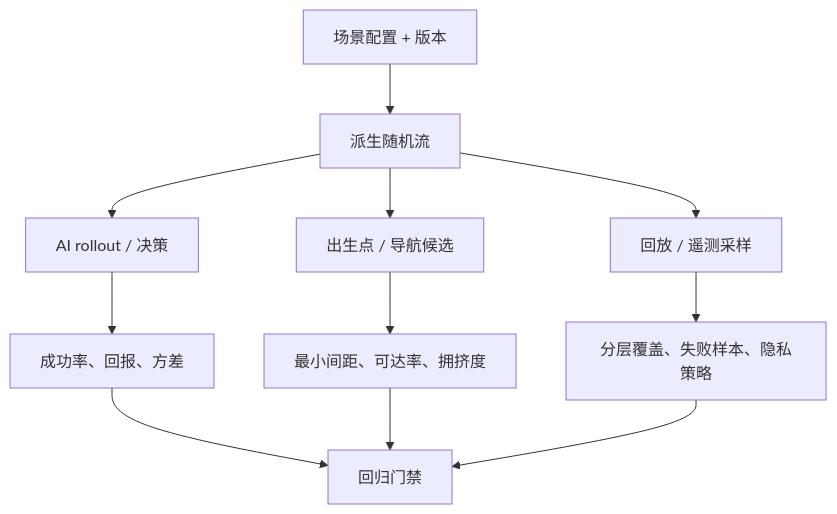
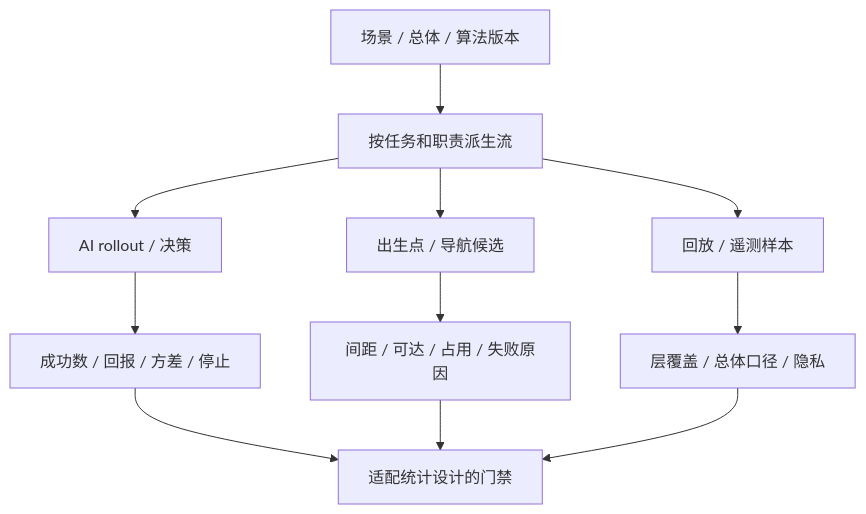
Before and after one commit to fantuan812/learning: the fourth of 4 diagrams in 知识/02-数学与游戏算法/随机采样与程序化生成/07-概率分布与采样工程.md, drawn with Mermaid. The commit also changed other lines of this file and 1 other file, not shown here.

````diff
--- a/知识/02-数学与游戏算法/随机采样与程序化生成/07-概率分布与采样工程.md
+++ b/知识/02-数学与游戏算法/随机采样与程序化生成/07-概率分布与采样工程.md
@@ -463,13 +809,13 @@
 ```mermaid
 flowchart TD
-    S["场景配置 + 版本"] --> R["派生随机流"]
+    S["场景 / 总体 / 算法版本"] --> R["按任务和职责派生流"]
     R --> A["AI rollout / 决策"]
     R --> P["出生点 / 导航候选"]
-    R --> T["回放 / 遥测采样"]
-    A --> M["成功率、回报、方差"]
-    P --> Q["最小间距、可达率、拥挤度"]
-    T --> C["分层覆盖、失败样本、隐私策略"]
-    M --> G["回归门禁"]
+    R --> T["回放 / 遥测样本"]
+    A --> M["成功数 / 回报 / 方差 / 停止"]
+    P --> Q["间距 / 可达 / 占用 / 失败原因"]
+    T --> C["层覆盖 / 总体口径 / 隐私"]
+    M --> G["适配统计设计的门禁"]
     Q --> G
     C --> G
 ```
````
